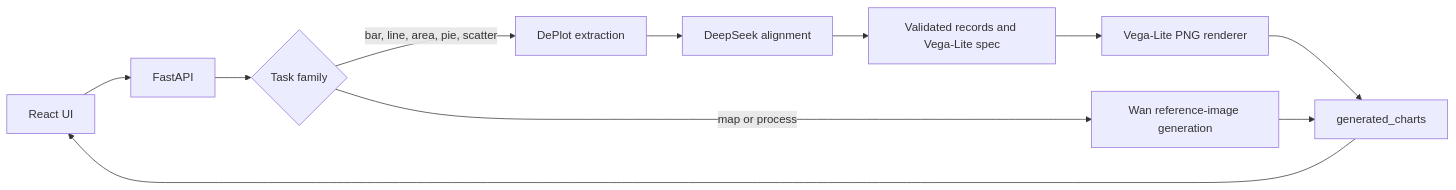
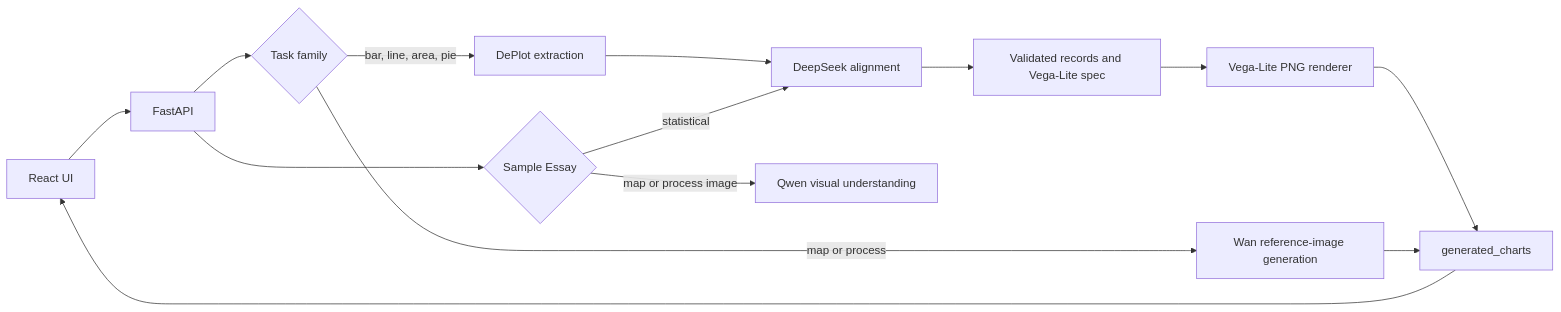
The diagram in docs/ARCHITECTURE.md (3164275232/VividWrite), drawn with Mermaid before and after one commit. The commit also changed other lines of this file and 14 other files, not shown here.

Commit message:
debug chart generation

````diff
--- a/docs/ARCHITECTURE.md
+++ b/docs/ARCHITECTURE.md
@@ -5,13 +5,16 @@
 ```mermaid
 flowchart LR
     UI[React UI] --> API[FastAPI]
     API --> ROUTER{Task family}
-    ROUTER -->|bar, line, area, pie, scatter| DEPLOT[DePlot extraction]
+    ROUTER -->|bar, line, area, pie| DEPLOT[DePlot extraction]
     DEPLOT --> DS[DeepSeek alignment]
     DS --> SPEC[Validated records and Vega-Lite spec]
     SPEC --> VL[Vega-Lite PNG renderer]
     ROUTER -->|map or process| WAN[Wan reference-image generation]
+    API --> SAMPLE{Sample Essay}
+    SAMPLE -->|statistical| DS
+    SAMPLE -->|map or process image| QWEN[Qwen visual understanding]
     VL --> FILES[generated_charts]
     WAN --> FILES
     FILES --> UI
 ```
````
